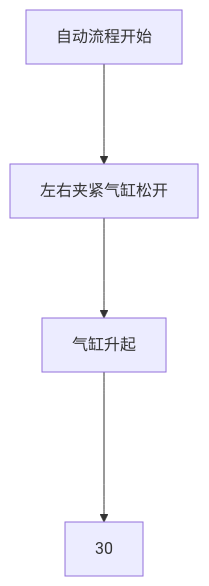
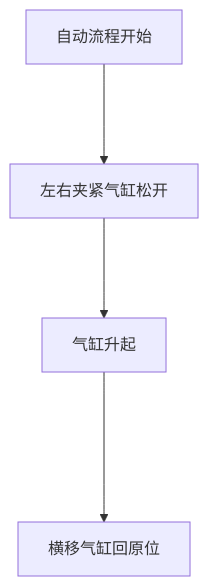
Before and after one commit to zmq000/iodraw-files: the diagram in all/OP70工位6搬运校正.md, drawn with Mermaid.

Commit message:
2026-06-17 17:48:37 update

````diff
--- a/all/OP70工位6搬运校正.md
+++ b/all/OP70工位6搬运校正.md
@@ -1,7 +1,7 @@
 ```mermaid
 graph TD
 自动流程开始--->10
 10[左右夹紧气缸松开]--->20
 20[气缸升起]---->30
-
+30[横移气缸回原位]
 ```
````
